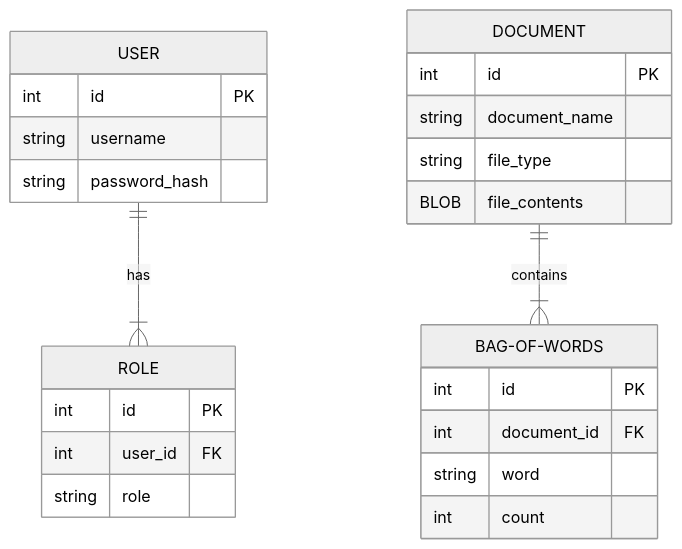
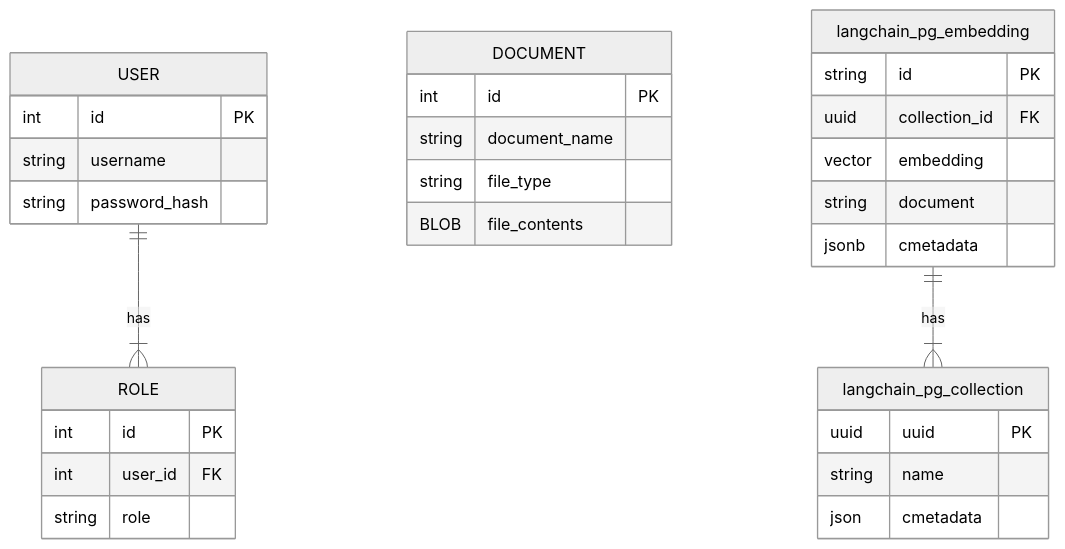
One commit to Capstone-Projects-2025-Spring/project-003-bioinformatics-chatbot changed the diagram in documentation/docs/system-architecture/Database-Design.md. Above: the diagram before and after it, drawn with Mermaid (neutral theme). The commit also changed 1 other file, not shown here.

Commit message:
database diagram update

````diff
--- a/documentation/docs/system-architecture/Database-Design.md
+++ b/documentation/docs/system-architecture/Database-Design.md
@@ -11,29 +11,38 @@
 ```mermaid
 erDiagram
     USER ||--|{ ROLE: has
     USER {
         int id PK
         string username
         string password_hash
     }
     ROLE
     ROLE {
         int id PK
         int user_id FK
         string role
     }
 
-    DOCUMENT ||--|{ BAG-OF-WORDS : contains
     DOCUMENT {
         int id PK
         string document_name
         string file_type
         BLOB file_contents
     }
-    BAG-OF-WORDS {
-        int id PK
-        int document_id FK
-        string word
-        int count
+
+    langchain_pg_collection {
+        uuid uuid PK
+        string name
+        json cmetadata
     }
+    
+    langchain_pg_embedding||--|{ langchain_pg_collection: has
+    langchain_pg_embedding {
+        string id PK
+        uuid collection_id FK
+        vector embedding
+        string document
+        jsonb cmetadata
+    }
+    
 ```
````
